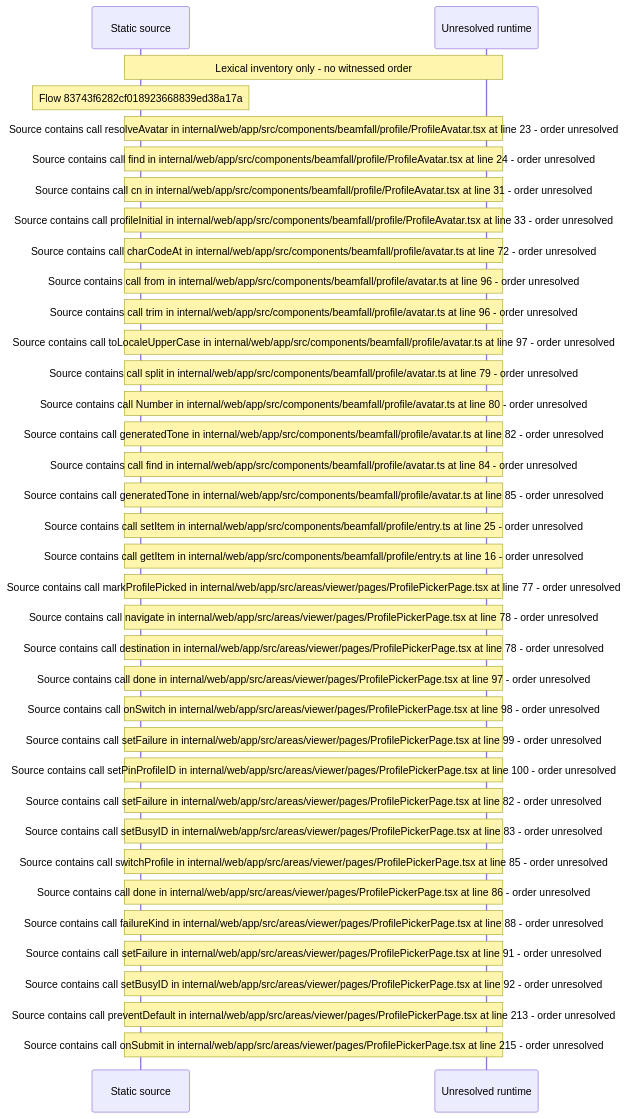
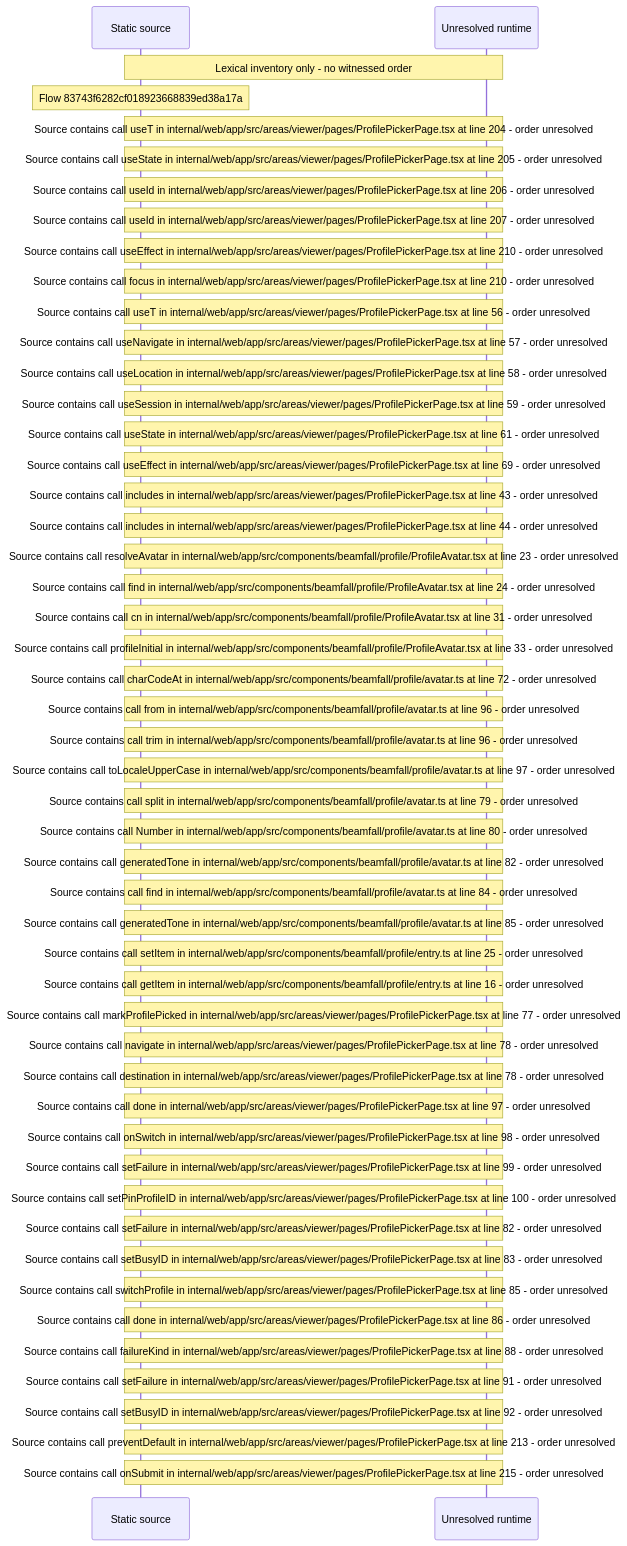
Before and after one commit to beamfall/core: the diagram in docs/web/flows/generated/83743f6282cf018923668839ed38a17a/flow-diagram.md, drawn with Mermaid. The commit also changed other lines of this file and 699 other files, not shown here.

Commit message:
Regenerate the web flow record with flow generator version 5

````diff
--- a/docs/web/flows/generated/83743f6282cf018923668839ed38a17a/flow-diagram.md
+++ b/docs/web/flows/generated/83743f6282cf018923668839ed38a17a/flow-diagram.md
@@ -10,38 +10,52 @@
 ```mermaid
 sequenceDiagram
     participant S as Static source
     participant U as Unresolved runtime
     Note over S,U: Lexical inventory only - no witnessed order
     Note over S: Flow 83743f6282cf018923668839ed38a17a
+    Note over S,U: Source contains call useT in internal/web/app/src/areas/viewer/pages/ProfilePickerPage.tsx at line 204 - order unresolved
+    Note over S,U: Source contains call useState in internal/web/app/src/areas/viewer/pages/ProfilePickerPage.tsx at line 205 - order unresolved
+    Note over S,U: Source contains call useId in internal/web/app/src/areas/viewer/pages/ProfilePickerPage.tsx at line 206 - order unresolved
+    Note over S,U: Source contains call useId in internal/web/app/src/areas/viewer/pages/ProfilePickerPage.tsx at line 207 - order unresolved
+    Note over S,U: Source contains call useEffect in internal/web/app/src/areas/viewer/pages/ProfilePickerPage.tsx at line 210 - order unresolved
+    Note over S,U: Source contains call focus in internal/web/app/src/areas/viewer/pages/ProfilePickerPage.tsx at line 210 - order unresolved
+    Note over S,U: Source contains call useT in internal/web/app/src/areas/viewer/pages/ProfilePickerPage.tsx at line 56 - order unresolved
+    Note over S,U: Source contains call useNavigate in internal/web/app/src/areas/viewer/pages/ProfilePickerPage.tsx at line 57 - order unresolved
+    Note over S,U: Source contains call useLocation in internal/web/app/src/areas/viewer/pages/ProfilePickerPage.tsx at line 58 - order unresolved
+    Note over S,U: Source contains call useSession in internal/web/app/src/areas/viewer/pages/ProfilePickerPage.tsx at line 59 - order unresolved
+    Note over S,U: Source contains call useState in internal/web/app/src/areas/viewer/pages/ProfilePickerPage.tsx at line 61 - order unresolved
+    Note over S,U: Source contains call useEffect in internal/web/app/src/areas/viewer/pages/ProfilePickerPage.tsx at line 69 - order unresolved
+    Note over S,U: Source contains call includes in internal/web/app/src/areas/viewer/pages/ProfilePickerPage.tsx at line 43 - order unresolved
+    Note over S,U: Source contains call includes in internal/web/app/src/areas/viewer/pages/ProfilePickerPage.tsx at line 44 - order unresolved
     Note over S,U: Source contains call resolveAvatar in internal/web/app/src/components/beamfall/profile/ProfileAvatar.tsx at line 23 - order unresolved
     Note over S,U: Source contains call find in internal/web/app/src/components/beamfall/profile/ProfileAvatar.tsx at line 24 - order unresolved
     Note over S,U: Source contains call cn in internal/web/app/src/components/beamfall/profile/ProfileAvatar.tsx at line 31 - order unresolved
     Note over S,U: Source contains call profileInitial in internal/web/app/src/components/beamfall/profile/ProfileAvatar.tsx at line 33 - order unresolved
     Note over S,U: Source contains call charCodeAt in internal/web/app/src/components/beamfall/profile/avatar.ts at line 72 - order unresolved
     Note over S,U: Source contains call from in internal/web/app/src/components/beamfall/profile/avatar.ts at line 96 - order unresolved
     Note over S,U: Source contains call trim in internal/web/app/src/components/beamfall/profile/avatar.ts at line 96 - order unresolved
     Note over S,U: Source contains call toLocaleUpperCase in internal/web/app/src/components/beamfall/profile/avatar.ts at line 97 - order unresolved
     Note over S,U: Source contains call split in internal/web/app/src/components/beamfall/profile/avatar.ts at line 79 - order unresolved
     Note over S,U: Source contains call Number in internal/web/app/src/components/beamfall/profile/avatar.ts at line 80 - order unresolved
     Note over S,U: Source contains call generatedTone in internal/web/app/src/components/beamfall/profile/avatar.ts at line 82 - order unresolved
     Note over S,U: Source contains call find in internal/web/app/src/components/beamfall/profile/avatar.ts at line 84 - order unresolved
     Note over S,U: Source contains call generatedTone in internal/web/app/src/components/beamfall/profile/avatar.ts at line 85 - order unresolved
     Note over S,U: Source contains call setItem in internal/web/app/src/components/beamfall/profile/entry.ts at line 25 - order unresolved
     Note over S,U: Source contains call getItem in internal/web/app/src/components/beamfall/profile/entry.ts at line 16 - order unresolved
     Note over S,U: Source contains call markProfilePicked in internal/web/app/src/areas/viewer/pages/ProfilePickerPage.tsx at line 77 - order unresolved
     Note over S,U: Source contains call navigate in internal/web/app/src/areas/viewer/pages/ProfilePickerPage.tsx at line 78 - order unresolved
     Note over S,U: Source contains call destination in internal/web/app/src/areas/viewer/pages/ProfilePickerPage.tsx at line 78 - order unresolved
     Note over S,U: Source contains call done in internal/web/app/src/areas/viewer/pages/ProfilePickerPage.tsx at line 97 - order unresolved
     Note over S,U: Source contains call onSwitch in internal/web/app/src/areas/viewer/pages/ProfilePickerPage.tsx at line 98 - order unresolved
     Note over S,U: Source contains call setFailure in internal/web/app/src/areas/viewer/pages/ProfilePickerPage.tsx at line 99 - order unresolved
     Note over S,U: Source contains call setPinProfileID in internal/web/app/src/areas/viewer/pages/ProfilePickerPage.tsx at line 100 - order unresolved
     Note over S,U: Source contains call setFailure in internal/web/app/src/areas/viewer/pages/ProfilePickerPage.tsx at line 82 - order unresolved
     Note over S,U: Source contains call setBusyID in internal/web/app/src/areas/viewer/pages/ProfilePickerPage.tsx at line 83 - order unresolved
     Note over S,U: Source contains call switchProfile in internal/web/app/src/areas/viewer/pages/ProfilePickerPage.tsx at line 85 - order unresolved
     Note over S,U: Source contains call done in internal/web/app/src/areas/viewer/pages/ProfilePickerPage.tsx at line 86 - order unresolved
     Note over S,U: Source contains call failureKind in internal/web/app/src/areas/viewer/pages/ProfilePickerPage.tsx at line 88 - order unresolved
     Note over S,U: Source contains call setFailure in internal/web/app/src/areas/viewer/pages/ProfilePickerPage.tsx at line 91 - order unresolved
     Note over S,U: Source contains call setBusyID in internal/web/app/src/areas/viewer/pages/ProfilePickerPage.tsx at line 92 - order unresolved
     Note over S,U: Source contains call preventDefault in internal/web/app/src/areas/viewer/pages/ProfilePickerPage.tsx at line 213 - order unresolved
     Note over S,U: Source contains call onSubmit in internal/web/app/src/areas/viewer/pages/ProfilePickerPage.tsx at line 215 - order unresolved
 ```
````
